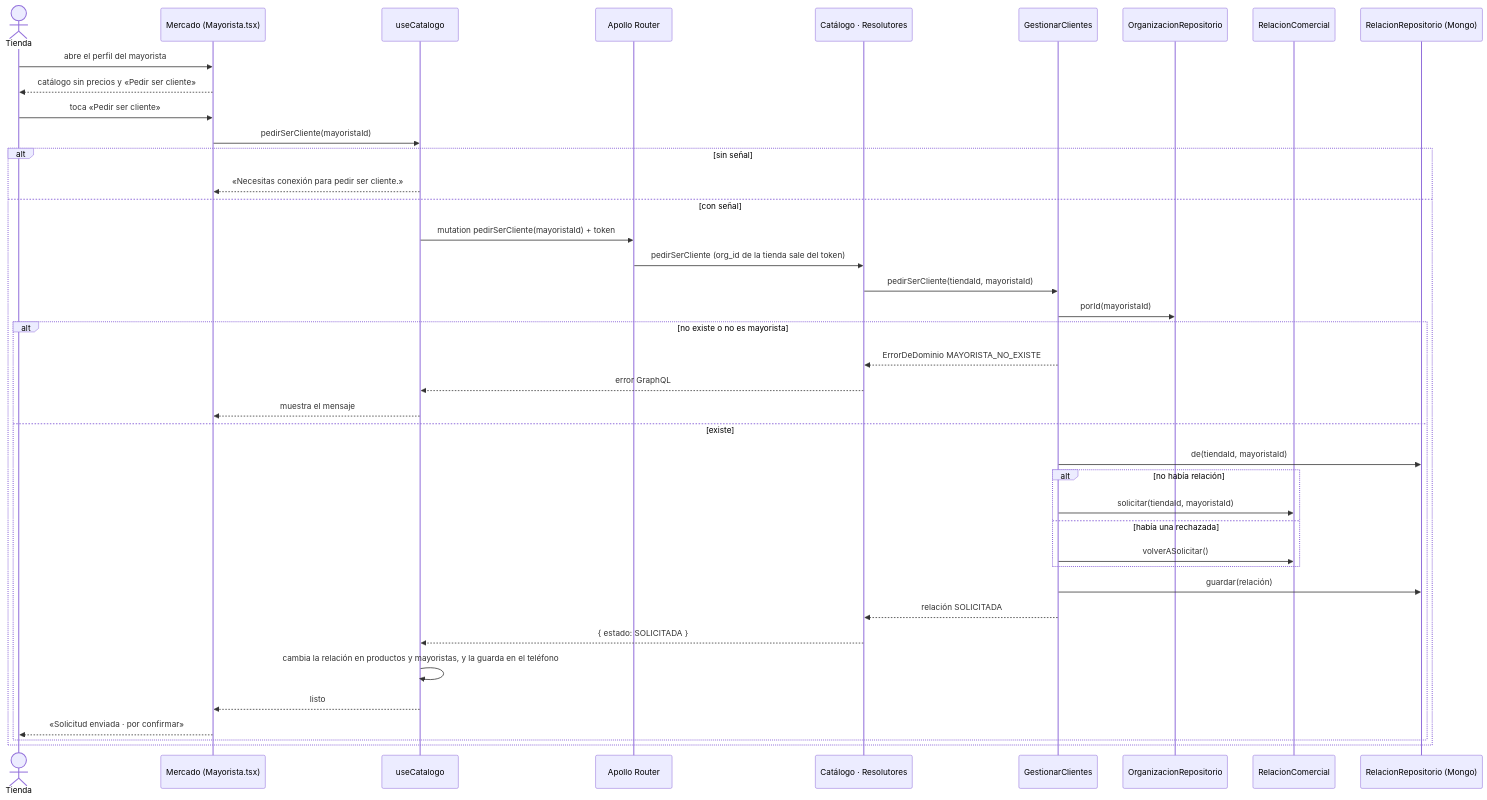
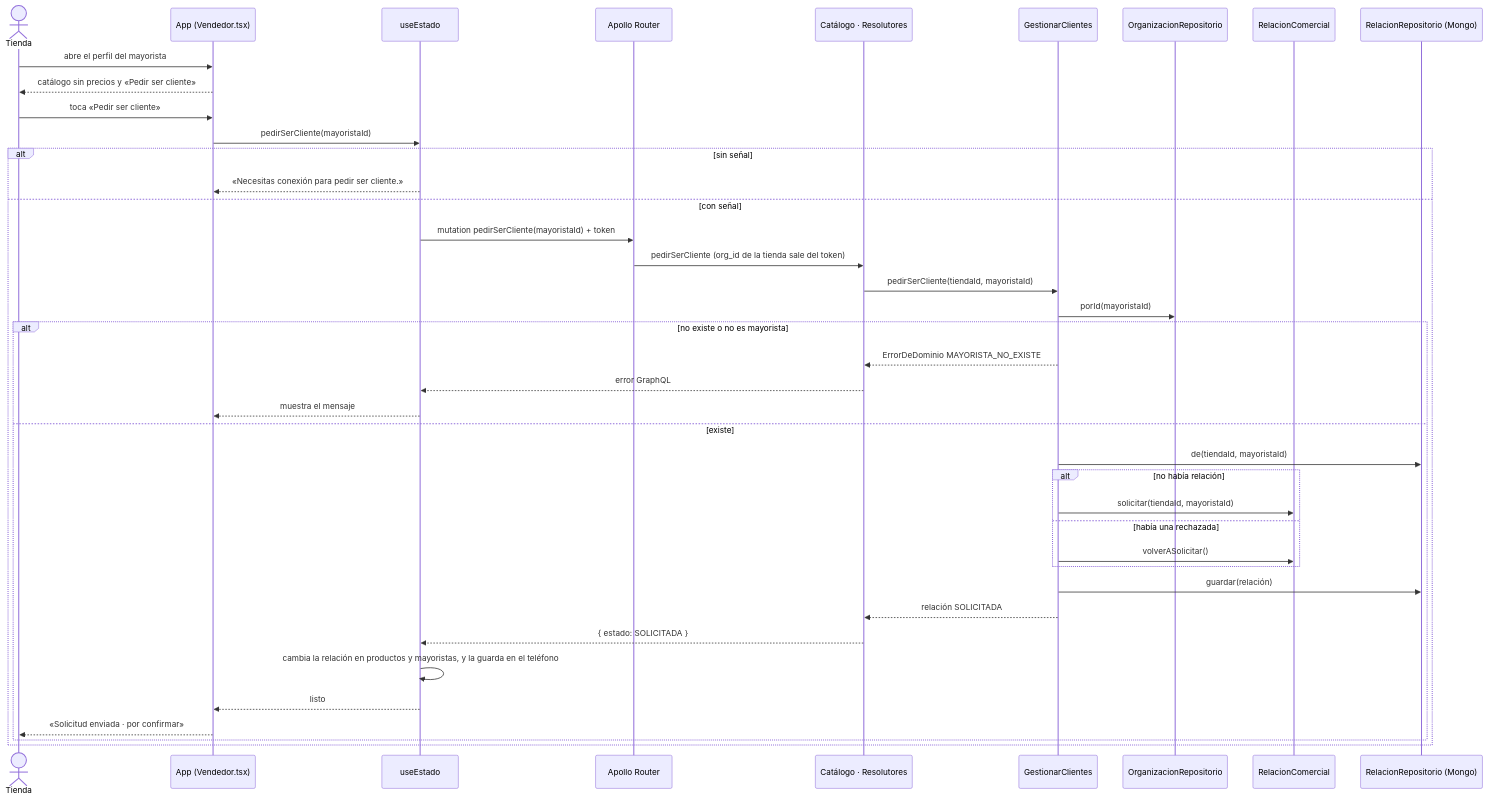
One commit to AndyQdev/abasto changed the diagram in docs/iconix/secuencia/CU-03.md. Above: the diagram before and after it, drawn with Mermaid. The commit also changed other lines of this file and 6 other files, not shown here.

````diff
--- a/docs/iconix/secuencia/CU-03.md
+++ b/docs/iconix/secuencia/CU-03.md
@@ -3,43 +3,43 @@
 ```mermaid
 sequenceDiagram
   actor T as Tienda
-  participant M as Mercado (Mayorista.tsx)
-  participant U as useCatalogo
+  participant M as App (Vendedor.tsx)
+  participant U as useEstado
   participant R as Apollo Router
   participant RS as Catálogo · Resolutores
   participant G as GestionarClientes
   participant O as OrganizacionRepositorio
   participant RC as RelacionComercial
   participant RR as RelacionRepositorio (Mongo)
 
   T->>M: abre el perfil del mayorista
   M-->>T: catálogo sin precios y «Pedir ser cliente»
   T->>M: toca «Pedir ser cliente»
   M->>U: pedirSerCliente(mayoristaId)
   alt sin señal
     U-->>M: «Necesitas conexión para pedir ser cliente.»
   else con señal
     U->>R: mutation pedirSerCliente(mayoristaId) + token
     R->>RS: pedirSerCliente (org_id de la tienda sale del token)
     RS->>G: pedirSerCliente(tiendaId, mayoristaId)
     G->>O: porId(mayoristaId)
     alt no existe o no es mayorista
       G-->>RS: ErrorDeDominio MAYORISTA_NO_EXISTE
       RS-->>U: error GraphQL
       U-->>M: muestra el mensaje
     else existe
       G->>RR: de(tiendaId, mayoristaId)
       alt no había relación
         G->>RC: solicitar(tiendaId, mayoristaId)
       else había una rechazada
         G->>RC: volverASolicitar()
       end
       G->>RR: guardar(relación)
       G-->>RS: relación SOLICITADA
       RS-->>U: { estado: SOLICITADA }
       U->>U: cambia la relación en productos y mayoristas, y la guarda en el teléfono
       U-->>M: listo
       M-->>T: «Solicitud enviada · por confirmar»
     end
   end
 ```
````
